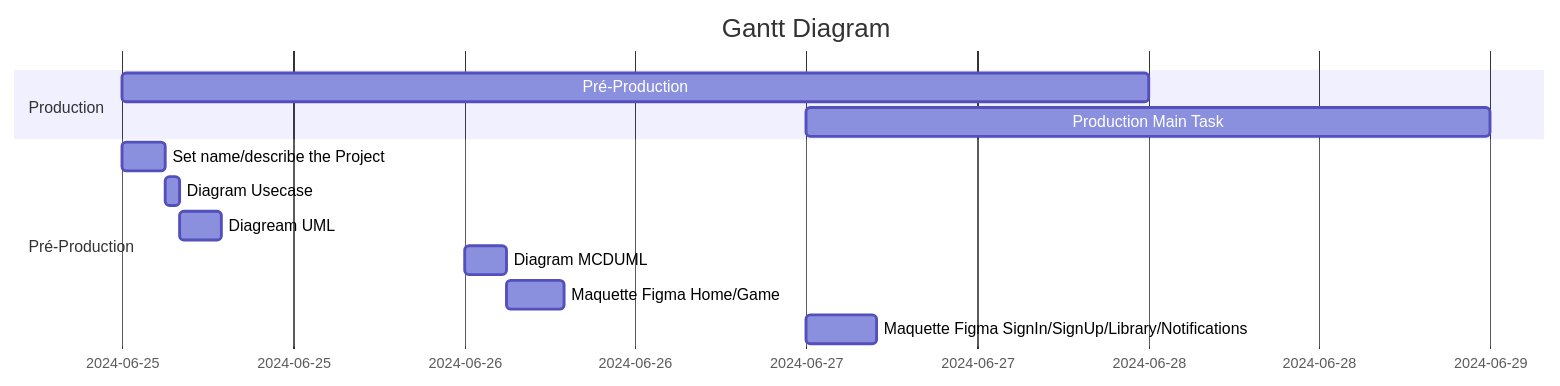
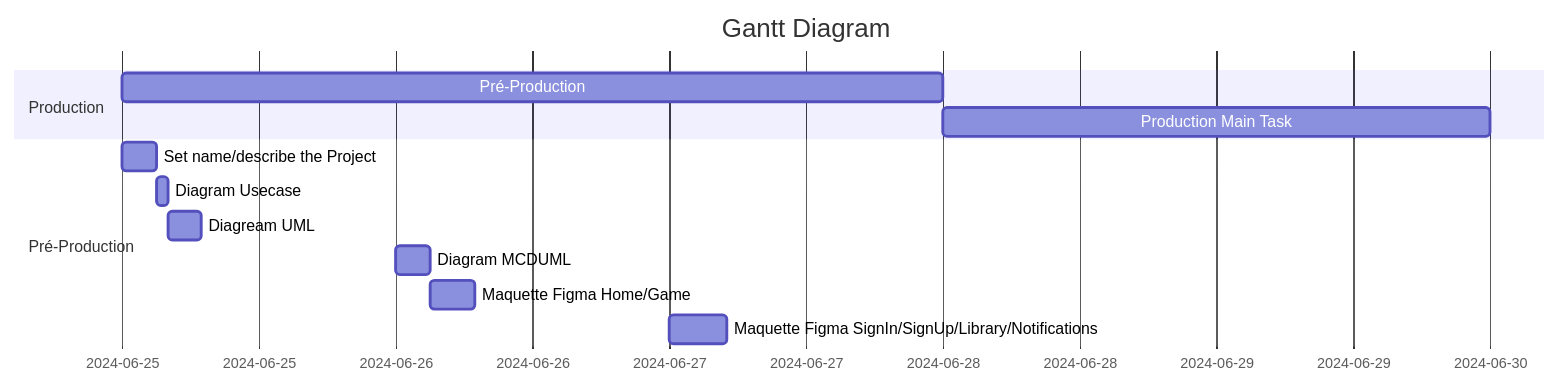
Before and after one commit to JameS-Gmz/api-Rest: the first of 3 diagrams in README.md, drawn with Mermaid.

````diff
--- a/README.md
+++ b/README.md
@@ -48,15 +48,15 @@
 ```mermaid
 gantt
     title Gantt Diagram
     dateFormat YYYY-MM-DD
     section Production
         Pré-Production   :a1, 2024-06-25, 3d
-        Production Main Task : 2024-06-27, 2d
+        Production Main Task : 2024-06-28, 2d
     section Pré-Production
         Set name/describe the Project :2024-06-25, 3h
         Diagram Usecase  : 1h
         Diagream UML : 3h
         Diagram MCDUML : 2024-06-26, 3h
         Maquette Figma Home/Game : 4h
         Maquette Figma SignIn/SignUp/Library/Notifications : 2024-06-27,5h
 ```
````
